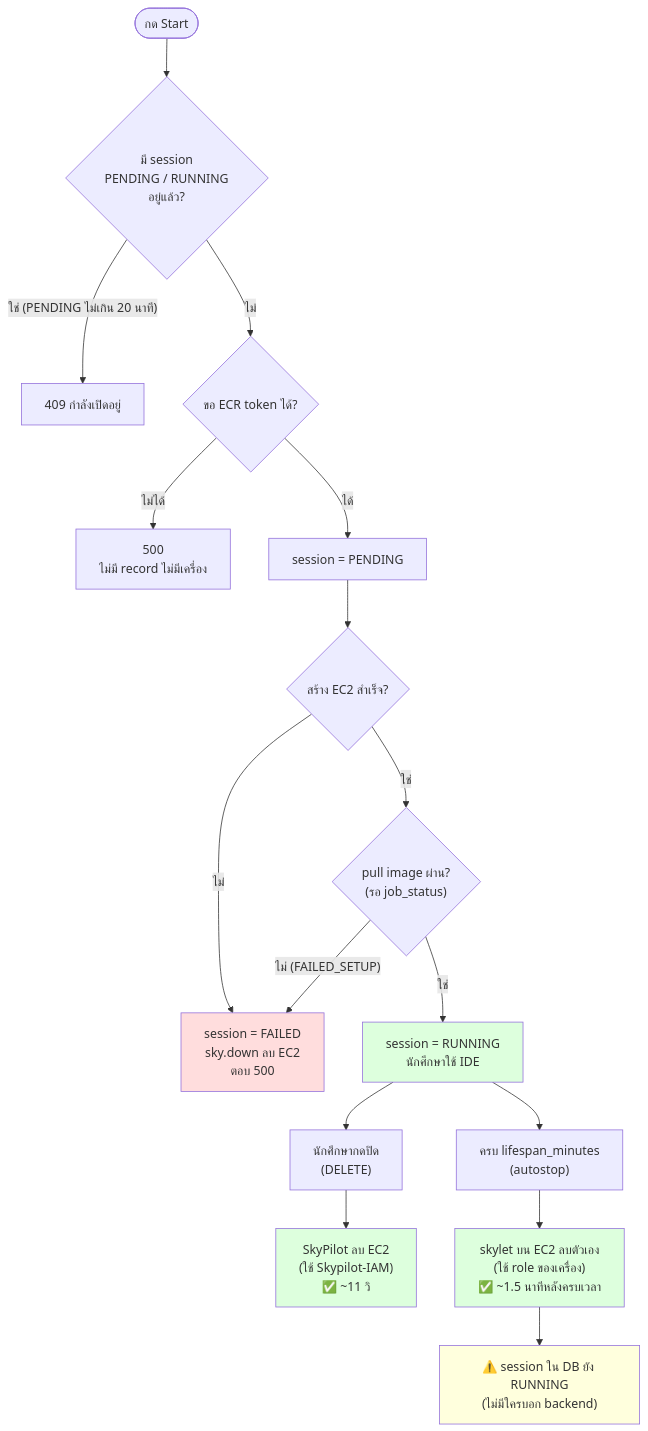
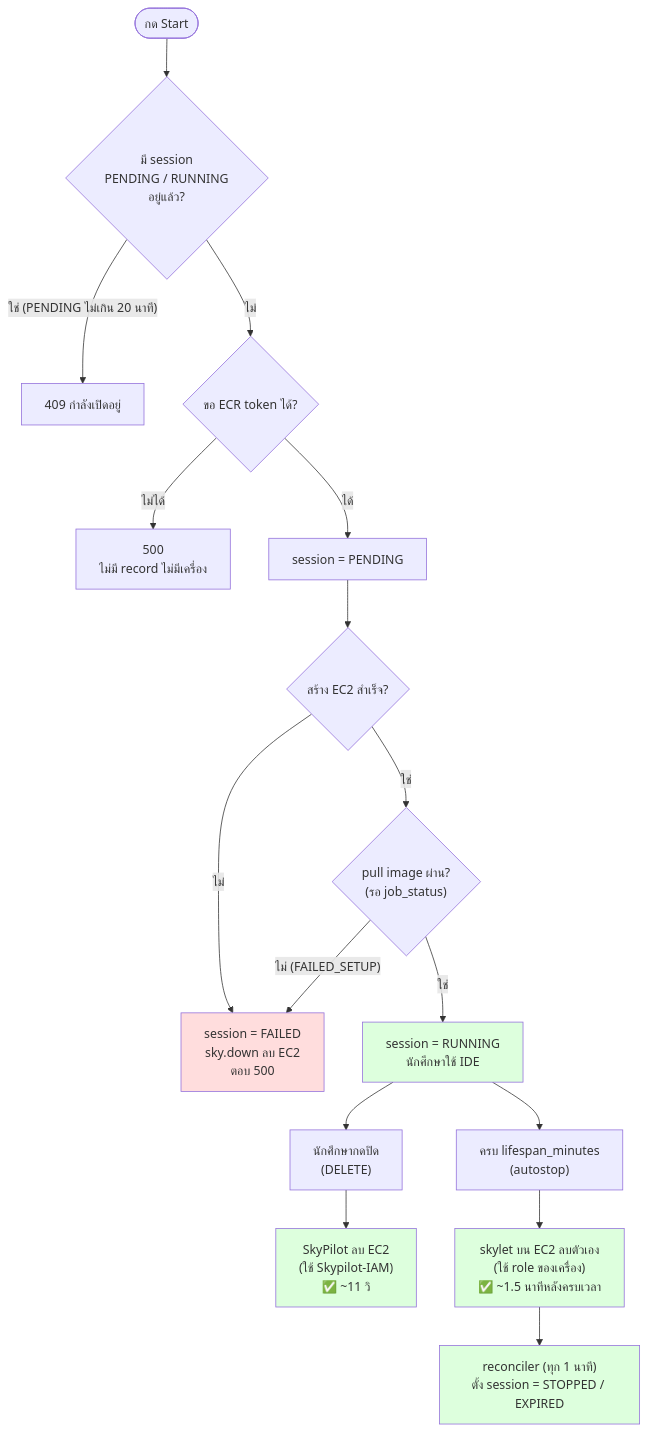
Before and after one commit to NawapatThumthaisong97/VirtualLabtest: the fourth of 8 diagrams in docs/AWS_LAB_FLOW.md, drawn with Mermaid. The commit also changed other lines of this file and 2 other files, not shown here.

First line of the commit message:
docs(session): อัปเดต reconciler, end_reason และวิธี migrate

````diff
--- a/docs/AWS_LAB_FLOW.md
+++ b/docs/AWS_LAB_FLOW.md
@@ -114,26 +114,26 @@
 ```mermaid
 flowchart TD
     START(["กด Start"]) --> CHECK{"มี session<br/>PENDING / RUNNING<br/>อยู่แล้ว?"}
     CHECK -->|"ใช่ (PENDING ไม่เกิน 20 นาที)"| E409["409 กำลังเปิดอยู่"]
     CHECK -->|"ไม่"| TOKEN{"ขอ ECR token ได้?"}
     TOKEN -->|"ไม่ได้"| E500A["500<br/>ไม่มี record ไม่มีเครื่อง"]
     TOKEN -->|"ได้"| PENDING["session = PENDING"]
     PENDING --> LAUNCH{"สร้าง EC2 สำเร็จ?"}
     LAUNCH -->|"ไม่"| FAIL
     LAUNCH -->|"ใช่"| SETUP{"pull image ผ่าน?<br/>(รอ job_status)"}
     SETUP -->|"ไม่ (FAILED_SETUP)"| FAIL["session = FAILED<br/>sky.down ลบ EC2<br/>ตอบ 500"]
     SETUP -->|"ใช่"| RUNNING["session = RUNNING<br/>นักศึกษาใช้ IDE"]
 
     RUNNING --> END1["นักศึกษากดปิด<br/>(DELETE)"]
     RUNNING --> END2["ครบ lifespan_minutes<br/>(autostop)"]
 
     END1 --> DOWN1["SkyPilot ลบ EC2<br/>(ใช้ Skypilot-IAM)<br/>✅ ~11 วิ"]
     END2 --> DOWN2["skylet บน EC2 ลบตัวเอง<br/>(ใช้ role ของเครื่อง)<br/>✅ ~1.5 นาทีหลังครบเวลา"]
-    DOWN2 --> STALE["⚠️ session ใน DB ยัง RUNNING<br/>(ไม่มีใครบอก backend)"]
+    DOWN2 --> STALE["reconciler (ทุก 1 นาที)<br/>ตั้ง session = STOPPED / EXPIRED"]
 
     style FAIL fill:#fdd
     style DOWN2 fill:#dfd
-    style STALE fill:#ffd
+    style STALE fill:#dfd
     style DOWN1 fill:#dfd
     style RUNNING fill:#dfd
 ```
````
